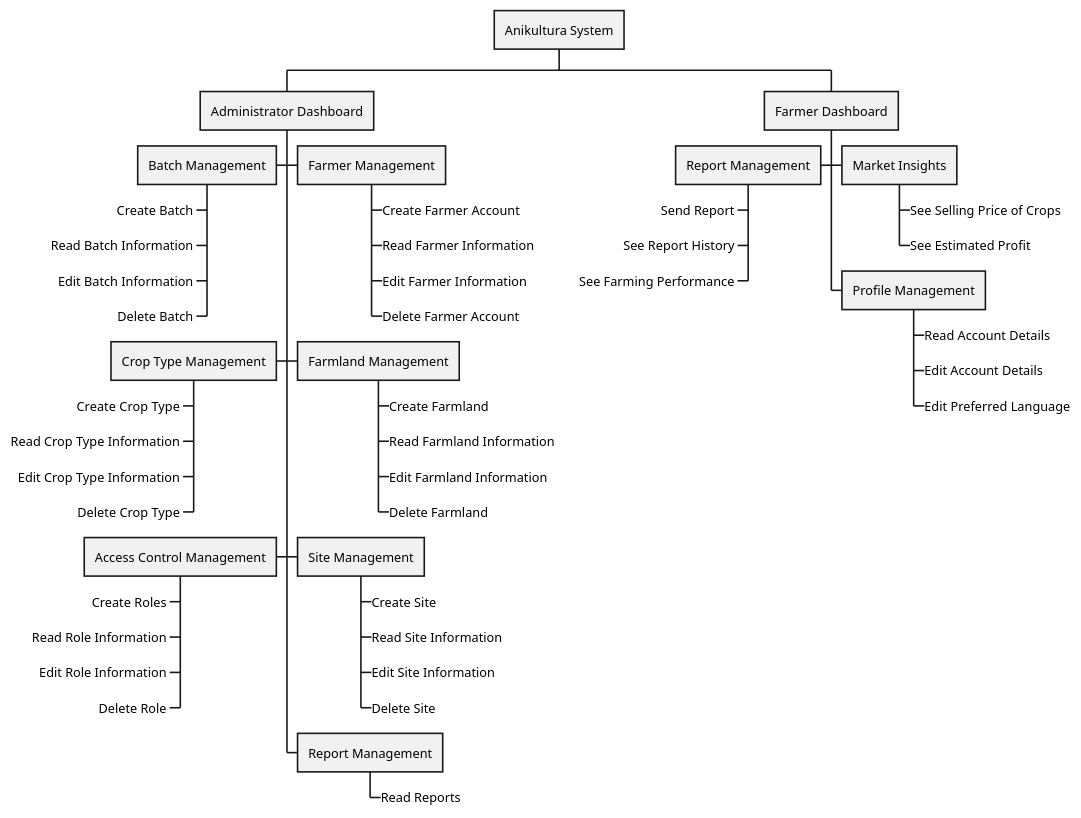
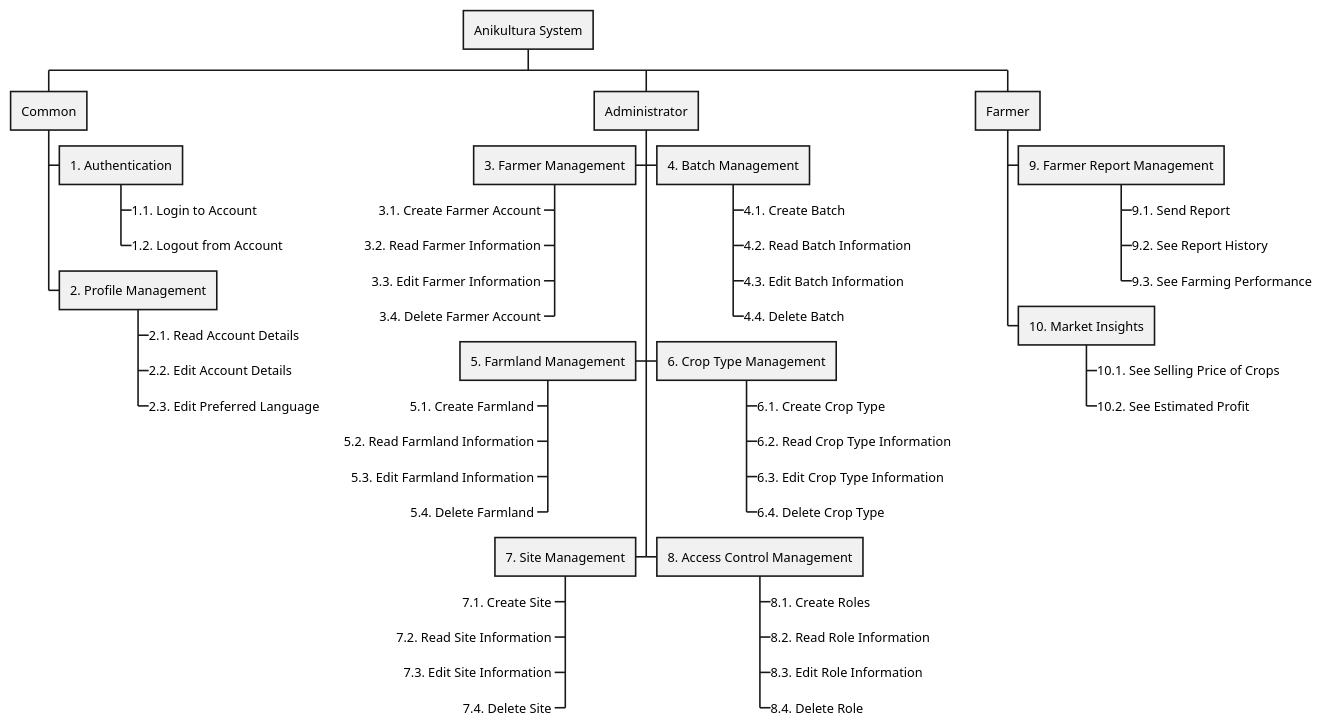
One commit to radical-doubting/anikultura-diagrams changed the diagram in plantuml/proposed/fdd.wsd. Above: the diagram before and after it, drawn with PlantUML. The commit also changed 1 other file, not shown here.

```diff
--- a/plantuml/proposed/fdd.wsd
+++ b/plantuml/proposed/fdd.wsd
@@ -1,62 +1,65 @@
 @startwbs
 
 * Anikultura System
 
-** Administrator Dashboard
+** Common
 
-*** Farmer Management
-****_ Create Farmer Account
-****_ Read Farmer Information
-****_ Edit Farmer Information
-****_ Delete Farmer Account
+*** 1. Authentication
+****_ 1.1. Login to Account
+****_ 1.2. Logout from Account
 
-***< Batch Management
-****_< Create Batch
-****_< Read Batch Information
-****_< Edit Batch Information
-****_< Delete Batch
+*** 2. Profile Management
+****_ 2.1. Read Account Details
+****_ 2.2. Edit Account Details
+****_ 2.3. Edit Preferred Language
 
-*** Farmland Management
-****_ Create Farmland
-****_ Read Farmland Information
-****_ Edit Farmland Information
-****_ Delete Farmland
+** Administrator
 
-***< Crop Type Management
-****_< Create Crop Type
-****_< Read Crop Type Information
-****_< Edit Crop Type Information
-****_< Delete Crop Type
+***< 3. Farmer Management
+****_< 3.1. Create Farmer Account
+****_< 3.2. Read Farmer Information
+****_< 3.3. Edit Farmer Information
+****_< 3.4. Delete Farmer Account
 
-*** Site Management
-****_ Create Site
-****_ Read Site Information
-****_ Edit Site Information
-****_ Delete Site
+*** 4. Batch Management
+****_ 4.1. Create Batch
+****_ 4.2. Read Batch Information
+****_ 4.3. Edit Batch Information
+****_ 4.4. Delete Batch
 
-***< Access Control Management
-****_< Create Roles
-****_< Read Role Information
-****_< Edit Role Information
-****_< Delete Role
+***< 5. Farmland Management
+****_< 5.1. Create Farmland
+****_< 5.2. Read Farmland Information
+****_< 5.3. Edit Farmland Information
+****_< 5.4. Delete Farmland
 
-*** Report Management
-****_ Read Reports
+*** 6. Crop Type Management
+****_ 6.1. Create Crop Type
+****_ 6.2. Read Crop Type Information
+****_ 6.3. Edit Crop Type Information
+****_ 6.4. Delete Crop Type
 
-** Farmer Dashboard
+***< 7. Site Management
+****_< 7.1. Create Site
+****_< 7.2. Read Site Information
+****_< 7.3. Edit Site Information
+****_< 7.4. Delete Site
 
-***< Report Management
-****_< Send Report
-****_< See Report History
-****_< See Farming Performance
+*** 8. Access Control Management
+****_ 8.1. Create Roles
+****_ 8.2. Read Role Information
+****_ 8.3. Edit Role Information
+****_ 8.4. Delete Role
 
-*** Market Insights
-****_ See Selling Price of Crops
-****_ See Estimated Profit
+** Farmer
 
-*** Profile Management
-****_ Read Account Details
-****_ Edit Account Details
-****_ Edit Preferred Language
+*** 9. Farmer Report Management
+****_ 9.1. Send Report
+****_ 9.2. See Report History
+****_ 9.3. See Farming Performance
+
+*** 10. Market Insights
+****_ 10.1. See Selling Price of Crops
+****_ 10.2. See Estimated Profit
 
 @endwbs
```
